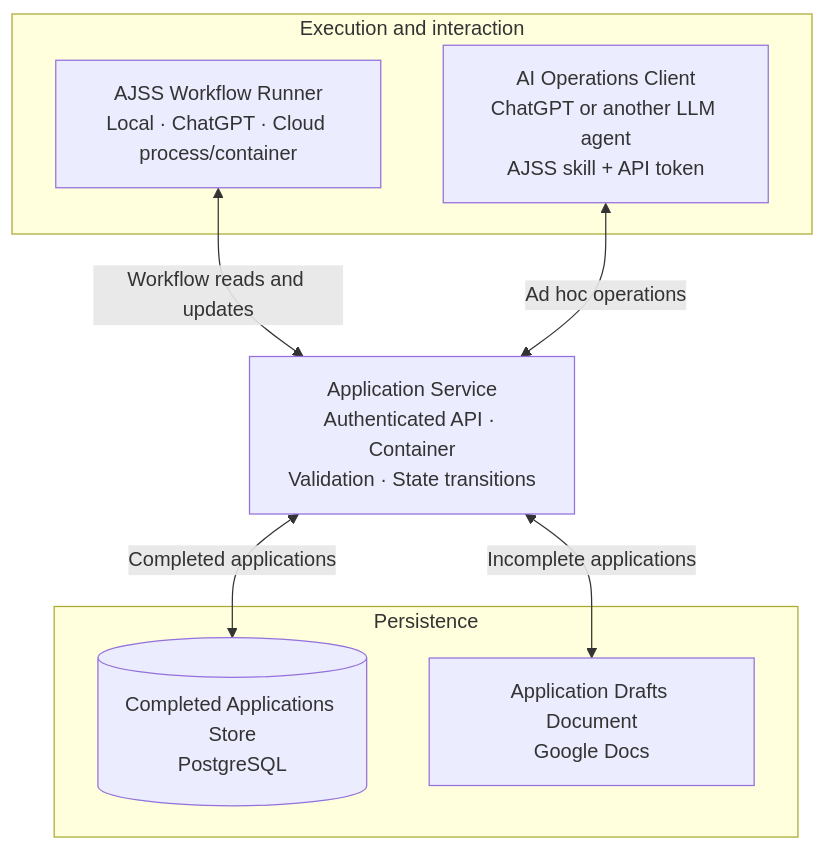
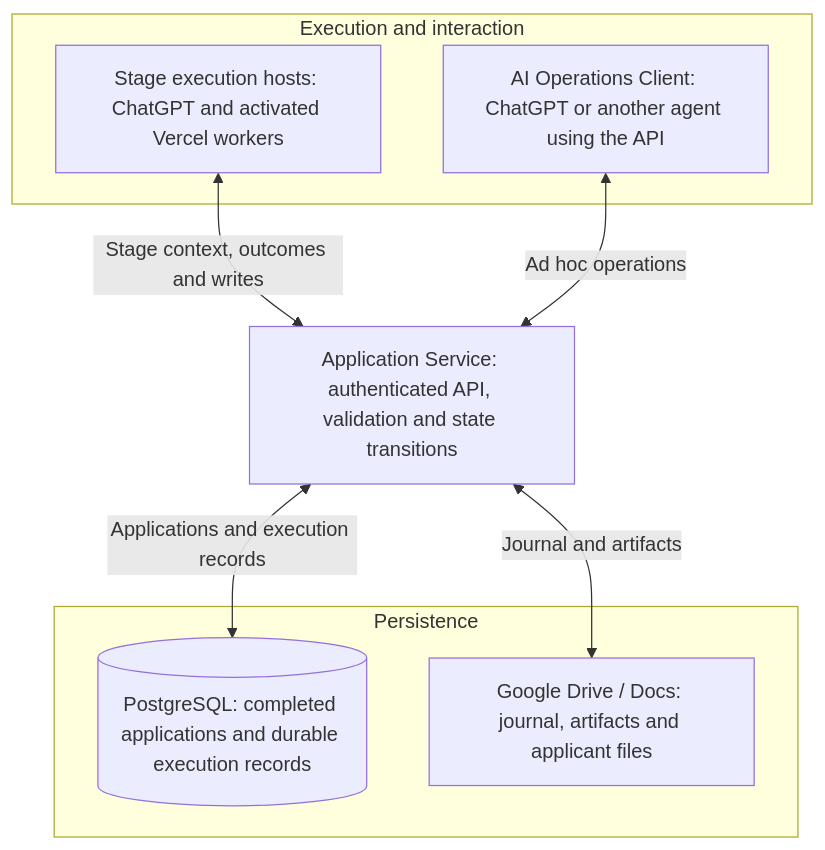
Before and after one commit to assafep/ai-job-search-system: the diagram in README.md, drawn with Mermaid. The commit also changed other lines of this file and 4 other files, not shown here.

First line of the commit message:
Document stage definitions and worker execution in architecture diagrams

````diff
--- a/README.md
+++ b/README.md
@@ -281,19 +281,19 @@
 ```mermaid
 flowchart TB
     subgraph Clients["Execution and interaction"]
-        Runner["AJSS Workflow Runner<br/>Local · ChatGPT · Cloud process/container"]
-        AI["AI Operations Client<br/>ChatGPT or another LLM agent<br/>AJSS skill + API token"]
+        Runner["Stage execution hosts: ChatGPT and activated Vercel workers"]
+        AI["AI Operations Client: ChatGPT or another agent using the API"]
     end
 
-    Service["Application Service<br/>Authenticated API · Container<br/>Validation · State transitions"]
+    Service["Application Service: authenticated API, validation and state transitions"]
 
     subgraph Persistence["Persistence"]
-        Postgres[("Completed Applications Store<br/>PostgreSQL")]
-        Docs["Application Drafts Document<br/>Google Docs"]
+        Postgres[("PostgreSQL: completed applications and durable execution records")]
+        Docs["Google Drive / Docs: journal, artifacts and applicant files"]
     end
 
-    Runner <-->|"Workflow reads and updates"| Service
+    Runner <-->|"Stage context, outcomes and writes"| Service
     AI <-->|"Ad hoc operations"| Service
-    Service <-->|"Completed applications"| Postgres
-    Service <-->|"Incomplete applications"| Docs
+    Service <-->|"Applications and execution records"| Postgres
+    Service <-->|"Journal and artifacts"| Docs
 ```
````
